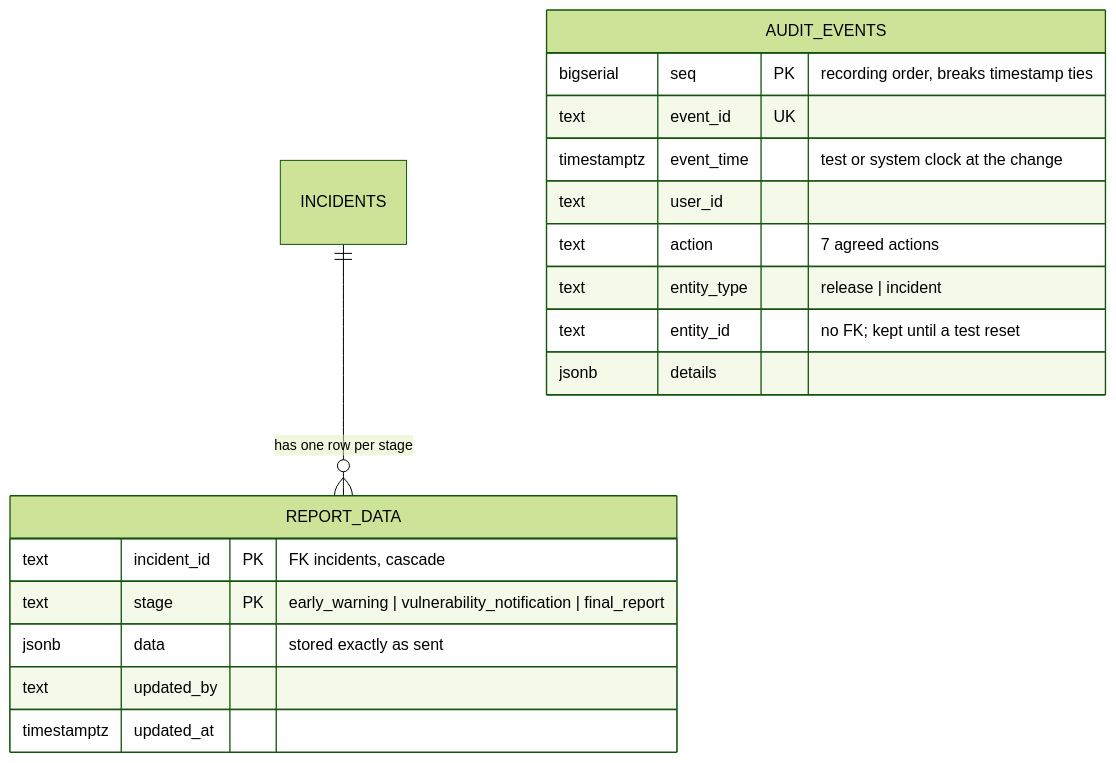
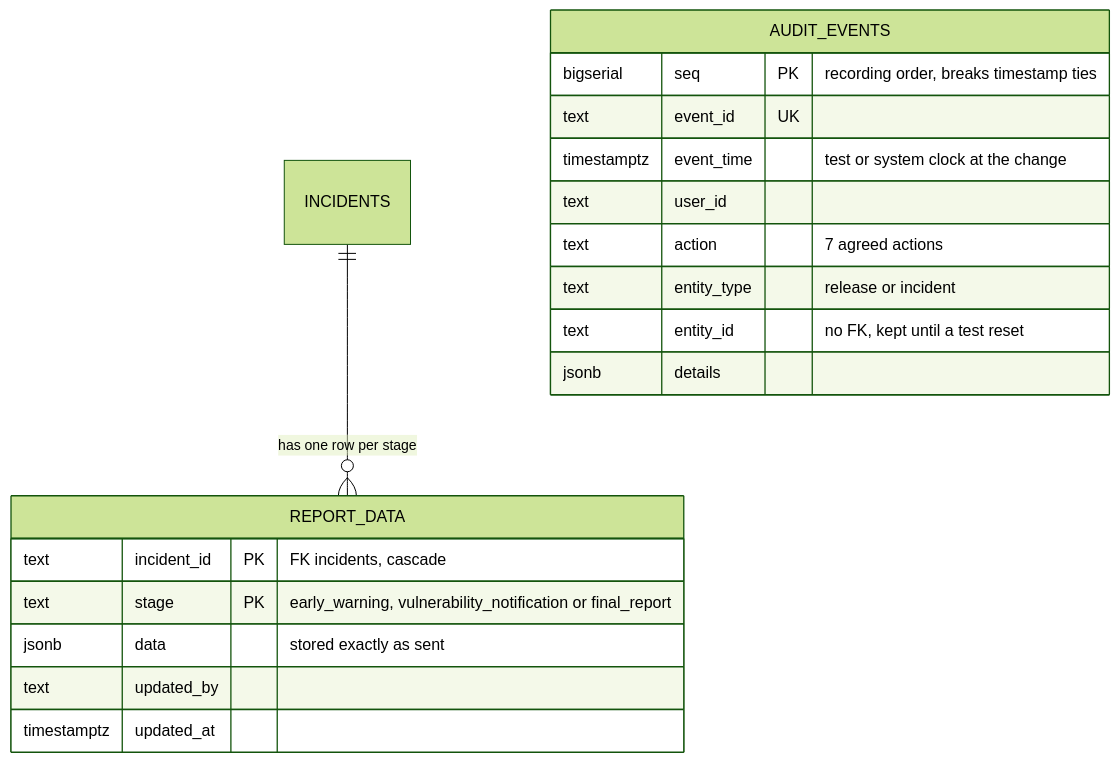
Before and after one commit to Awesomegardener/ECE30861_Phase_3: the fourth of 10 diagrams in docs/models.md, drawn with Mermaid (forest theme). The commit also changed other lines of this file, not shown here.

Commit message:
Fix Phase 5 model diagrams so GitHub renders them
A semicolon in the sequence-diagram note ended the Mermaid statement and
broke rendering on GitHub. Also remove semicolons and pipes from ER
labels and update the section's stale "not yet deployed" status line.
All 10 Mermaid diagrams in docs/models.md now pass mermaid.parse.

Claude-Session: https://claude.ai/code/session_0125Z2Le7kVA7CBCa7o3ZDew

````diff
--- a/docs/models.md
+++ b/docs/models.md
@@ -132,21 +133,21 @@
 ```mermaid
 erDiagram
  INCIDENTS ||--o{ REPORT_DATA : "has one row per stage"
  REPORT_DATA {
   text incident_id PK "FK incidents, cascade"
-  text stage PK "early_warning | vulnerability_notification | final_report"
+  text stage PK "early_warning, vulnerability_notification or final_report"
   jsonb data "stored exactly as sent"
   text updated_by
   timestamptz updated_at
  }
  AUDIT_EVENTS {
   bigserial seq PK "recording order, breaks timestamp ties"
   text event_id UK
   timestamptz event_time "test or system clock at the change"
   text user_id
   text action "7 agreed actions"
-  text entity_type "release | incident"
-  text entity_id "no FK; kept until a test reset"
+  text entity_type "release or incident"
+  text entity_id "no FK, kept until a test reset"
   jsonb details
  }
 ```
````
